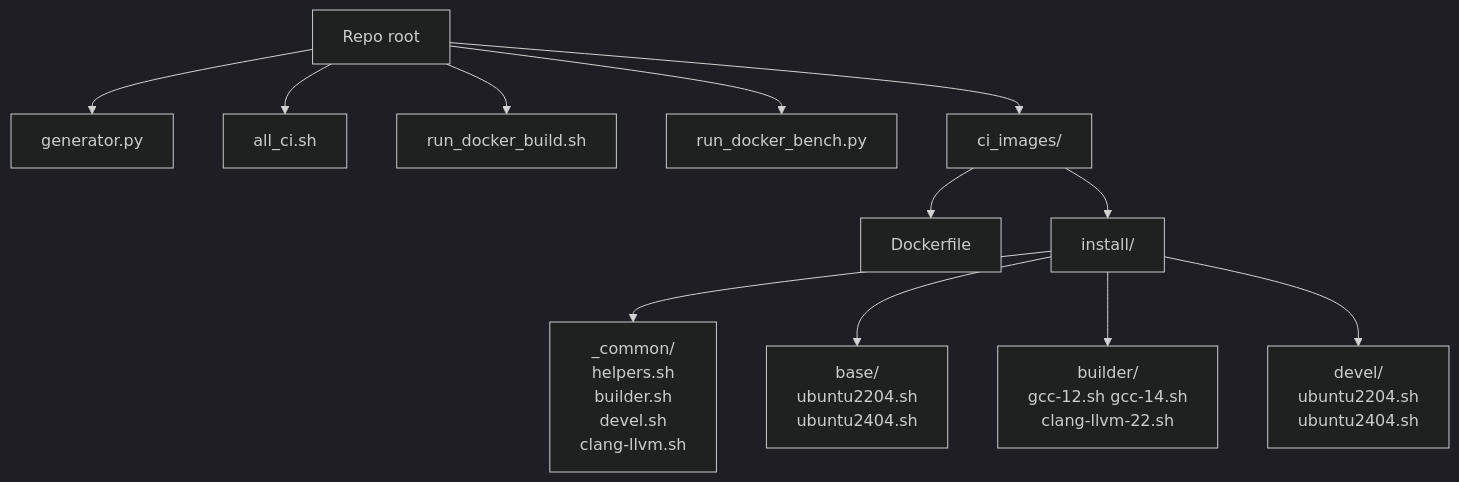
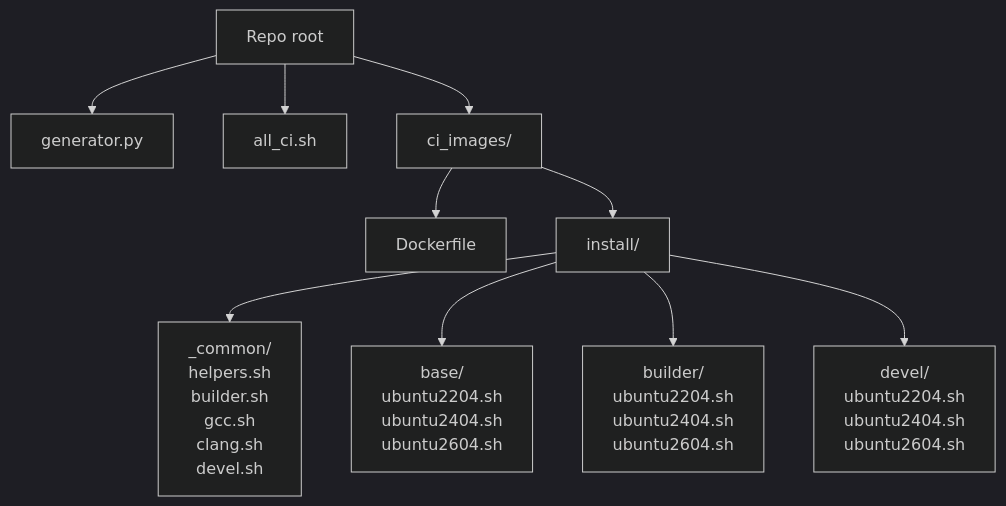
Before and after one commit to Silmaen/DockerImages: the first of 7 diagrams in README.md, drawn with Mermaid (dark theme). The commit also changed other lines of this file and 26 other files, not shown here.

````diff
--- a/README.md
+++ b/README.md
@@ -73,14 +70,12 @@
 ```mermaid
 graph TD
     R[Repo root] --> G[generator.py]
     R --> A[all_ci.sh]
-    R --> B[run_docker_build.sh]
-    R --> N[run_docker_bench.py]
     R --> C[ci_images/]
     C --> D[Dockerfile]
     C --> I[install/]
-    I --> CO[_common/<br/>helpers.sh<br/>builder.sh<br/>devel.sh<br/>clang-llvm.sh]
-    I --> IB[base/<br/>ubuntu2204.sh<br/>ubuntu2404.sh]
-    I --> IR[builder/<br/>gcc-12.sh gcc-14.sh<br/>clang-llvm-22.sh]
-    I --> IV[devel/<br/>ubuntu2204.sh<br/>ubuntu2404.sh]
+    I --> CO[_common/<br/>helpers.sh<br/>builder.sh<br/>gcc.sh<br/>clang.sh<br/>devel.sh]
+    I --> IB[base/<br/>ubuntu2204.sh<br/>ubuntu2404.sh<br/>ubuntu2604.sh]
+    I --> IR[builder/<br/>ubuntu2204.sh<br/>ubuntu2404.sh<br/>ubuntu2604.sh]
+    I --> IV[devel/<br/>ubuntu2204.sh<br/>ubuntu2404.sh<br/>ubuntu2604.sh]
 ```
````
